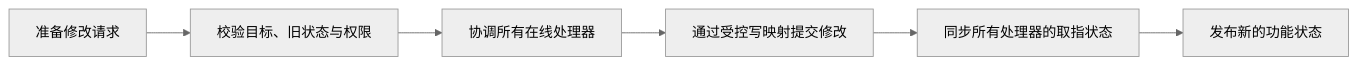
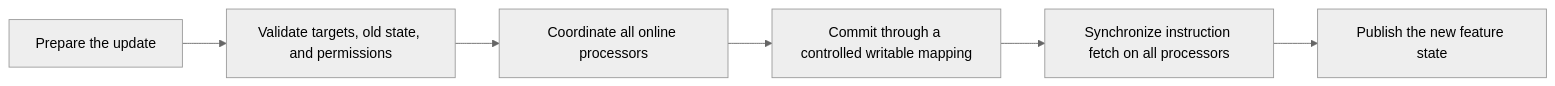
Before and after one commit to DragonOS-Community/DragonOS: the first of 3 diagrams in docs/kernel/trace/text_patching.md, drawn with Mermaid (neutral theme). The commit also changed other lines of this file and 2058 other files, not shown here.

````diff
--- a/docs/kernel/trace/text_patching.md
+++ b/docs/kernel/trace/text_patching.md
@@ -35,8 +42,8 @@
 ```mermaid
 flowchart LR
-    A["准备修改请求"] --> B["校验目标、旧状态与权限"]
-    B --> C["协调所有在线处理器"]
-    C --> D["通过受控写映射提交修改"]
-    D --> E["同步所有处理器的取指状态"]
-    E --> F["发布新的功能状态"]
+    A["Prepare the update"] --> B["Validate targets, old state, and permissions"]
+    B --> C["Coordinate all online processors"]
+    C --> D["Commit through a controlled writable mapping"]
+    D --> E["Synchronize instruction fetch on all processors"]
+    E --> F["Publish the new feature state"]
 ```
````
